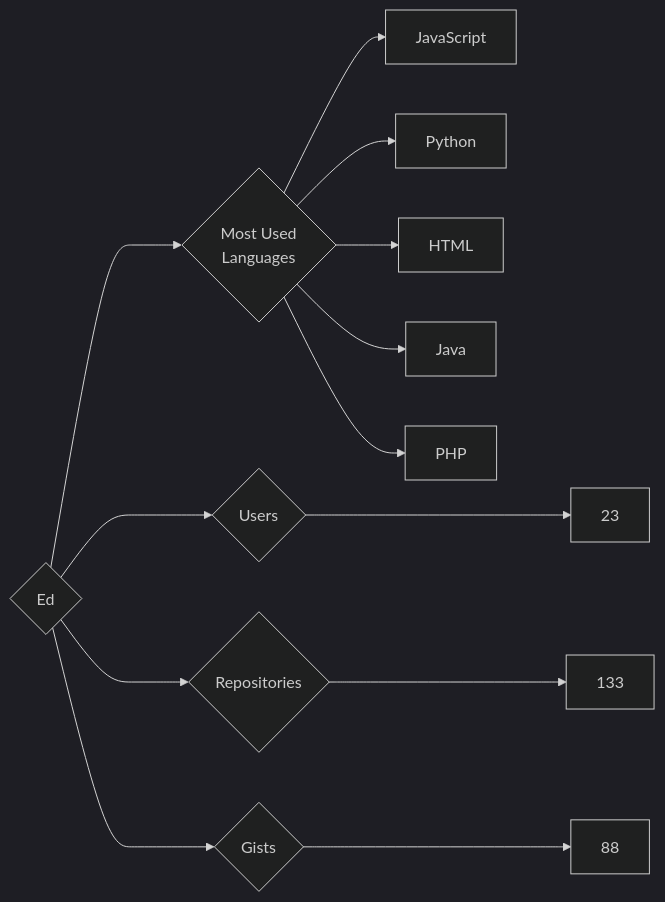
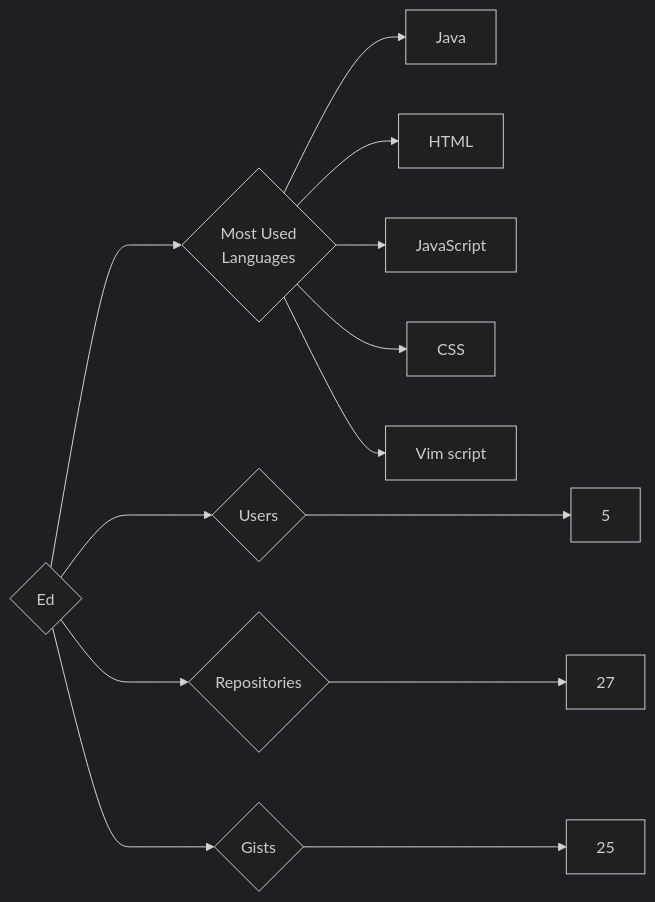
The diagram in targets/Ed/README.md (trickest/insiders), drawn with Mermaid (dark theme) before and after one commit. The commit also changed 912 other files, not shown here.

````diff
--- a/targets/Ed/README.md
+++ b/targets/Ed/README.md
@@ -3,13 +3,13 @@
 ```mermaid
 graph LR
 COMPANY_NAME{Ed}
-COMPANY_NAME ---> U{Users} ---> UN[23]
-COMPANY_NAME ---> R{Repositories} ---> RN[133]
-COMPANY_NAME ---> G{Gists} ---> GN[88]
+COMPANY_NAME ---> U{Users} ---> UN[5]
+COMPANY_NAME ---> R{Repositories} ---> RN[27]
+COMPANY_NAME ---> G{Gists} ---> GN[25]
 COMPANY_NAME ---> ML{Most Used<br>Languages}
+ML --> Java[Java]
+ML --> HTML[HTML]
 ML --> JavaScript[JavaScript]
-ML --> Python[Python]
-ML --> HTML[HTML]
-ML --> Java[Java]
-ML --> PHP[PHP]
+ML --> CSS[CSS]
+ML --> Vim_script[Vim script]
 ```
````
